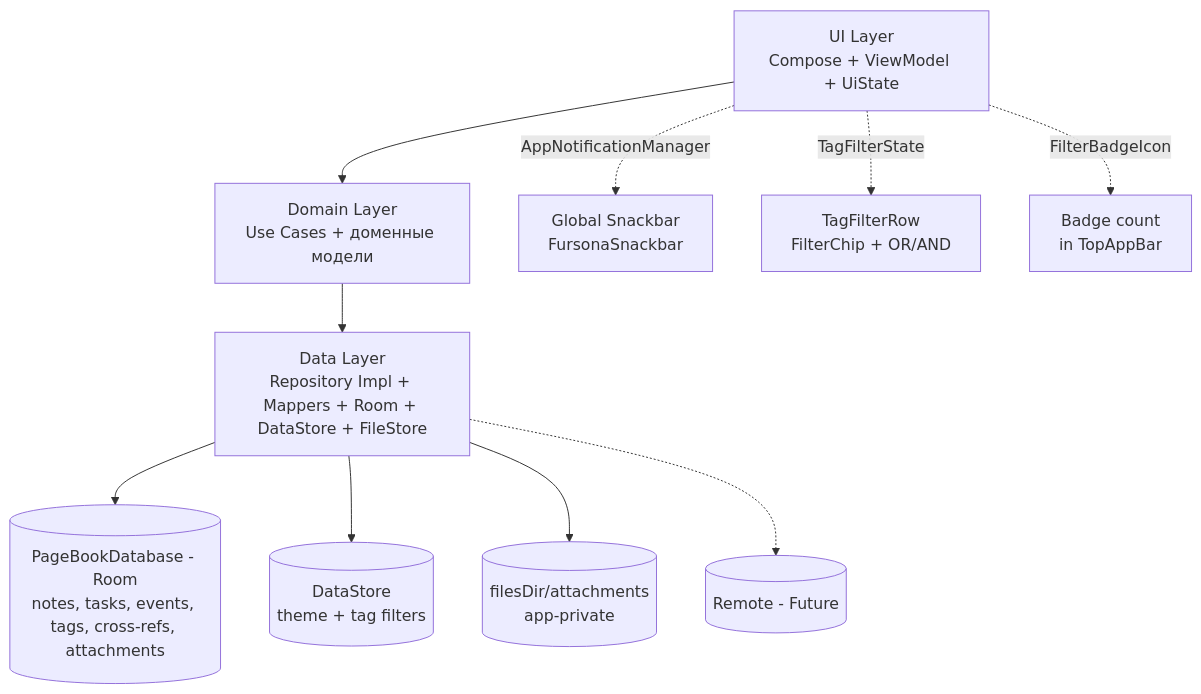
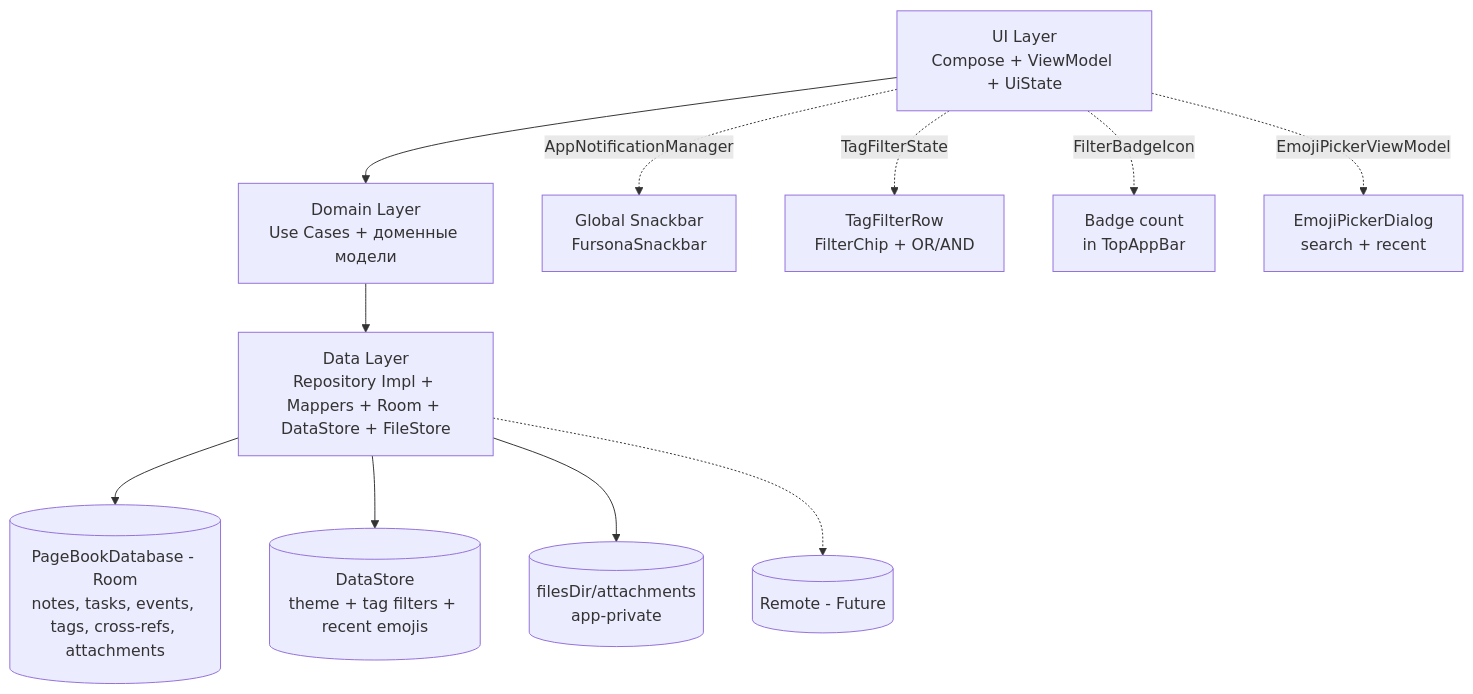
Before and after one commit to MaxGog/pagebook-android: the diagram in README.md, drawn with Mermaid. The commit also changed other lines of this file and 10 other files, not shown here.

````diff
--- a/README.md
+++ b/README.md
@@ -120,13 +128,14 @@
 ```mermaid
 graph TD
    A[UI Layer<br/>Compose + ViewModel + UiState] --> B[Domain Layer<br/>Use Cases + доменные модели]
    B --> C[Data Layer<br/>Repository Impl + Mappers + Room + DataStore + FileStore]
    C --> D[(PageBookDatabase - Room<br/>notes, tasks, events, tags, cross-refs, attachments)]
-   C --> F[(DataStore<br/>theme + tag filters)]
+   C --> F[(DataStore<br/>theme + tag filters + recent emojis)]
    C --> G[(filesDir/attachments<br/>app-private)]
    
    A -.->|AppNotificationManager| H[Global Snackbar<br/>FursonaSnackbar]
    A -.->|TagFilterState| I[TagFilterRow<br/>FilterChip + OR/AND]
    A -.->|FilterBadgeIcon| J[Badge count<br/>in TopAppBar]
+   A -.->|EmojiPickerViewModel| K[EmojiPickerDialog<br/>search + recent]
    C -.-> E[(Remote - Future)]
 ```
````
